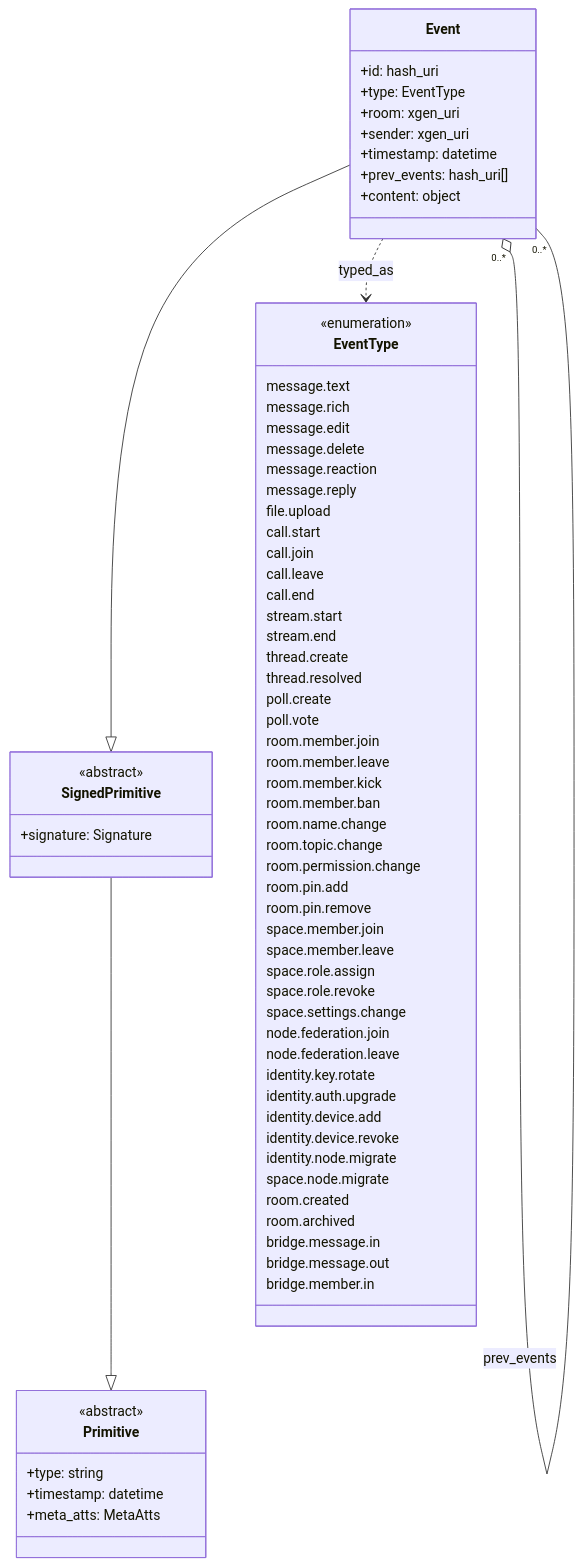
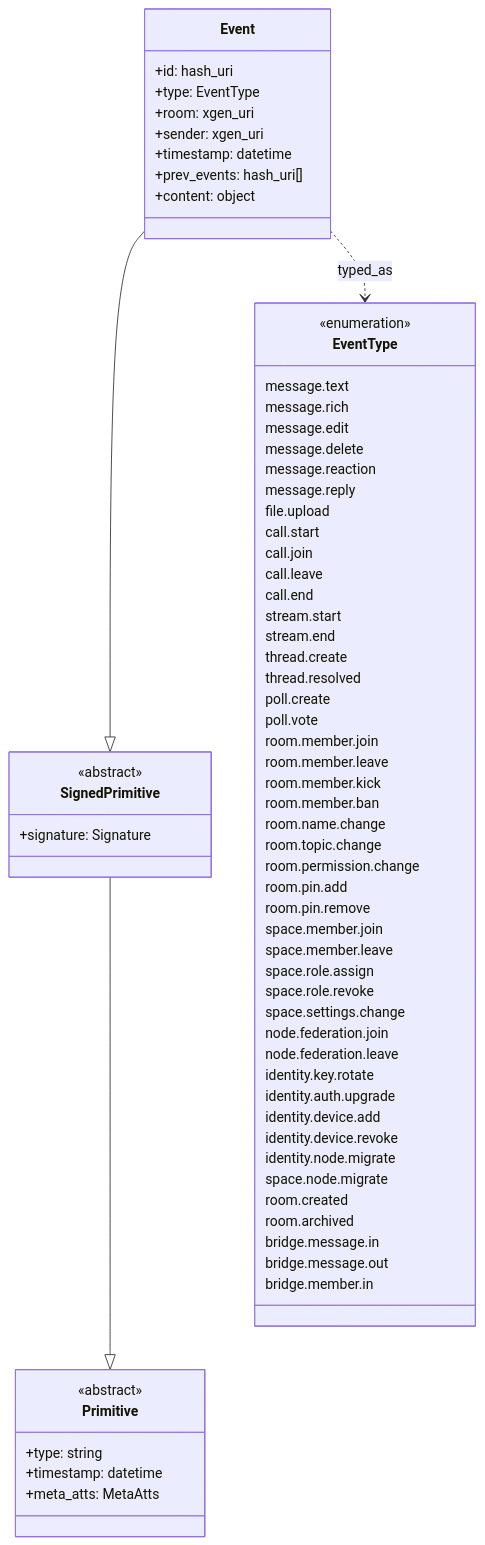
The fourth of 16 diagrams in docs/xgen_appendix_c_en.md (ianus777/XGenProtocol), drawn with Mermaid before and after one commit. The commit also changed other lines of this file, not shown here.

Commit message:
update diagrams

````diff
--- a/docs/xgen_appendix_c_en.md
+++ b/docs/xgen_appendix_c_en.md
@@ -341,74 +339,75 @@
 ```mermaid
 classDiagram
     class Primitive {
         <<abstract>>
         +type: string
         +timestamp: datetime
         +meta_atts: MetaAtts
     }
     class SignedPrimitive {
         <<abstract>>
         +signature: Signature
     }
     class Event {
         +id: hash_uri
         +type: EventType
         +room: xgen_uri
         +sender: xgen_uri
         +timestamp: datetime
         +prev_events: hash_uri[]
         +content: object
     }
     class EventType {
         <<enumeration>>
         message.text
         message.rich
         message.edit
         message.delete
         message.reaction
         message.reply
         file.upload
         call.start
         call.join
         call.leave
         call.end
         stream.start
         stream.end
         thread.create
         thread.resolved
         poll.create
         poll.vote
         room.member.join
         room.member.leave
         room.member.kick
         room.member.ban
         room.name.change
         room.topic.change
         room.permission.change
         room.pin.add
         room.pin.remove
         space.member.join
         space.member.leave
         space.role.assign
         space.role.revoke
         space.settings.change
         node.federation.join
         node.federation.leave
         identity.key.rotate
         identity.auth.upgrade
         identity.device.add
         identity.device.revoke
         identity.node.migrate
         space.node.migrate
         room.created
         room.archived
         bridge.message.in
         bridge.message.out
         bridge.member.in
     }
 
     SignedPrimitive --|> Primitive
     Event --|> SignedPrimitive
     Event ..> EventType : typed_as
-    Event "0..*" o-- "0..*" Event : prev_events
+    %% Note: Event.prev_events references other Events (self-reference).
+    %% Self-referencing arrows omitted — Mermaid renders them as empty ghost boxes.
 ```
````
